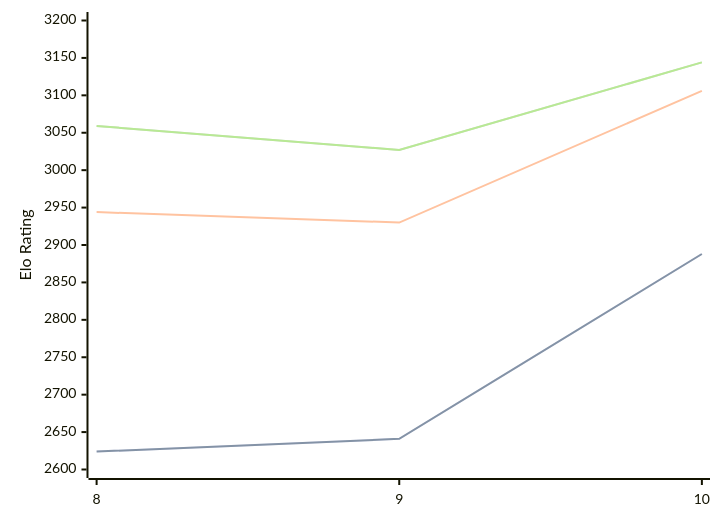
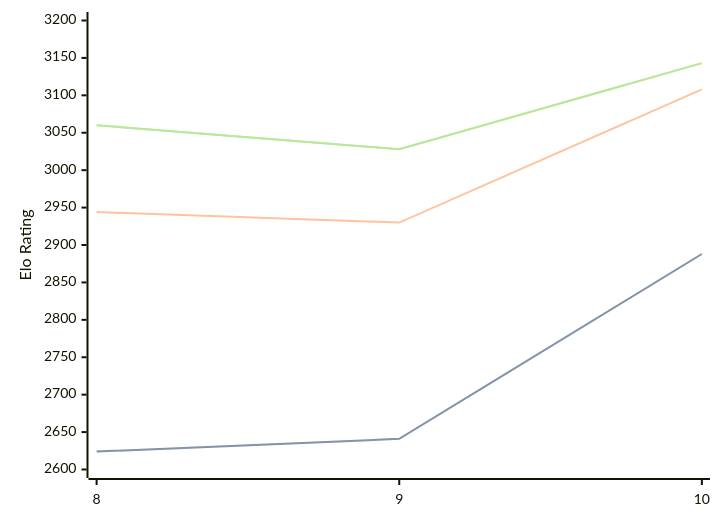
Before and after one commit to computer-chess-index/cci: the diagram in engines/Lozza.md, drawn with Mermaid. The commit also changed other lines of this file, not shown here.

Commit message:
Update CCI Ratings (ELO VLTC) - 2026-04-07

````diff
--- a/engines/Lozza.md
+++ b/engines/Lozza.md
@@ -41,11 +41,11 @@
 ```mermaid
 %%{init: {"theme":"base","themeVariables":{"seriesColors:['#a3a3a3','#222221','#faa371']}}}%%
 xychart-beta
   x-axis ["8", "9", "10"]
   y-axis "Elo Rating" 2600 --> 3200
   line "STC (8.0+0.08s)" [2624, 2641, 2888]
   line "STC (8.0+0.08s)" [2624, 2641, 2888]
-  line "LTC (60.0+0.60s)" [2944, 2930, 3106]
-  line "VLTC (2m24s+1.12s)" [3059, 3027, 3144]
-  line "VLTC (2m24s+1.12s)" [3059, 3027, 3144]
+  line "LTC (60.0+0.60s)" [2944, 2930, 3108]
+  line "VLTC (2m24s+1.12s)" [3060, 3028, 3143]
+  line "VLTC (2m24s+1.12s)" [3060, 3028, 3143]
 ```
````
